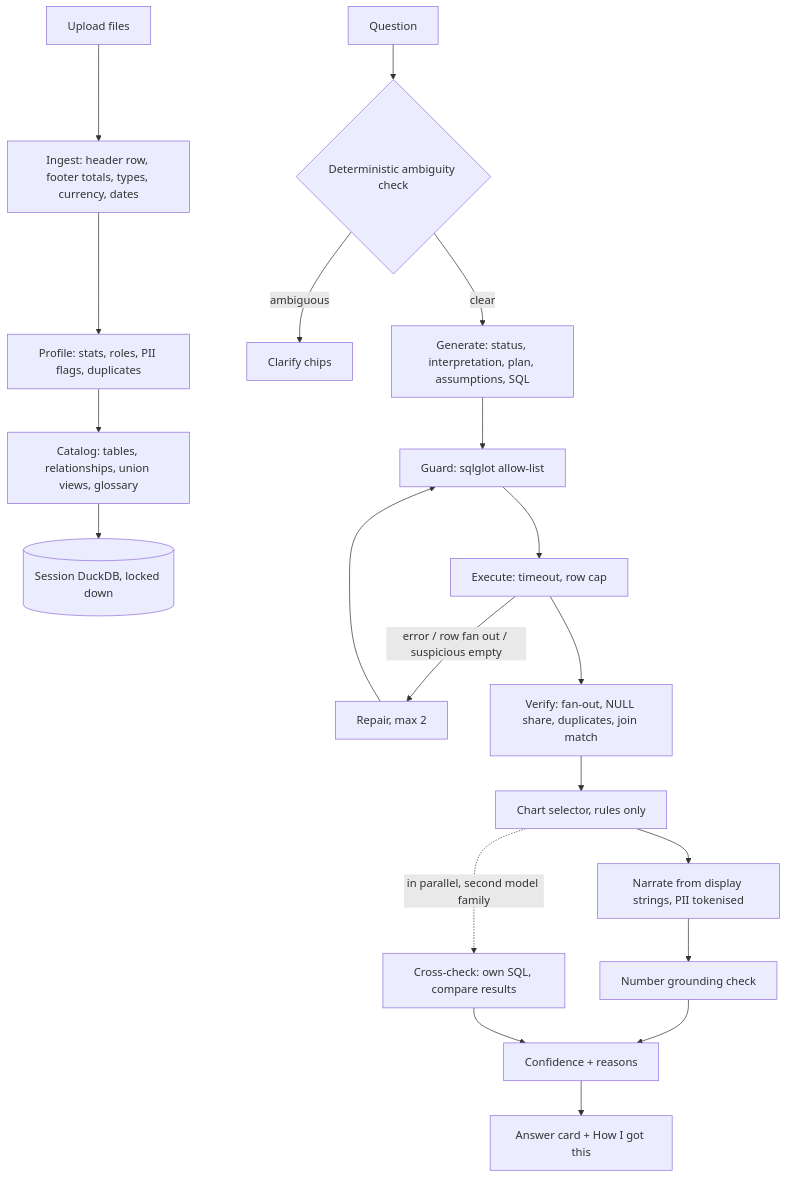
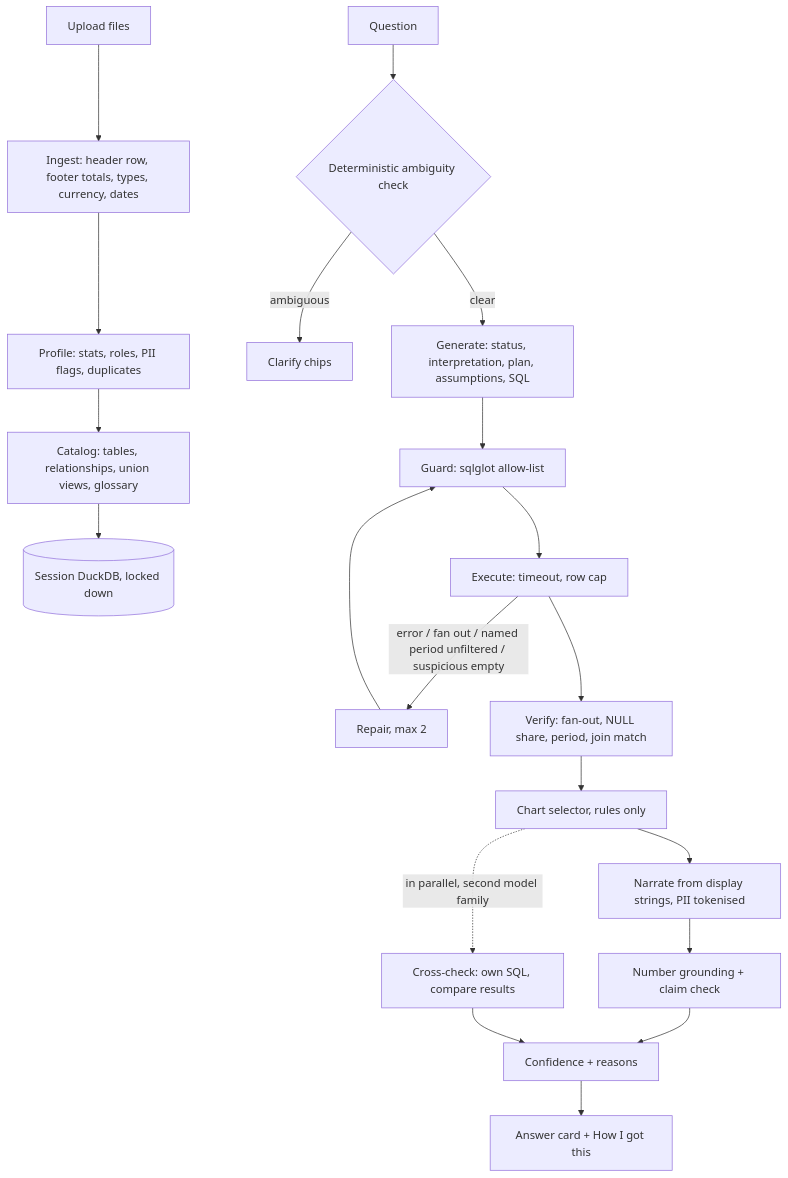
One commit to sahilpatel495/darwin-ai changed the first of 2 diagrams in README.md. Above: the diagram before and after it, drawn with Mermaid. The commit also changed other lines of this file and 17 other files, not shown here.

````diff
--- a/README.md
+++ b/README.md
@@ -20,21 +41,21 @@
 ```mermaid
 flowchart TD
   U[Upload files] --> I[Ingest: header row, footer totals, types, currency, dates]
   I --> P[Profile: stats, roles, PII flags, duplicates]
   P --> C[Catalog: tables, relationships, union views, glossary]
   C --> DB[(Session DuckDB, locked down)]
   Q[Question] --> A{Deterministic ambiguity check}
   A -- ambiguous --> CL[Clarify chips]
   A -- clear --> G[Generate: status, interpretation, plan, assumptions, SQL]
   G --> GU[Guard: sqlglot allow-list]
   GU --> E[Execute: timeout, row cap]
-  E -- error / row fan out / suspicious empty --> R[Repair, max 2] --> GU
-  E --> V[Verify: fan-out, NULL share, duplicates, join match]
+  E -- error / fan out / named period unfiltered / suspicious empty --> R[Repair, max 2] --> GU
+  E --> V[Verify: fan-out, NULL share, period, join match]
   V --> CH[Chart selector, rules only]
   CH --> N[Narrate from display strings, PII tokenised]
   CH -. in parallel, second model family .-> X[Cross-check: own SQL, compare results]
-  N --> GR[Number grounding check]
+  N --> GR[Number grounding + claim check]
   GR --> CF[Confidence + reasons]
   X --> CF
   CF --> O[Answer card + How I got this]
 ```
````
